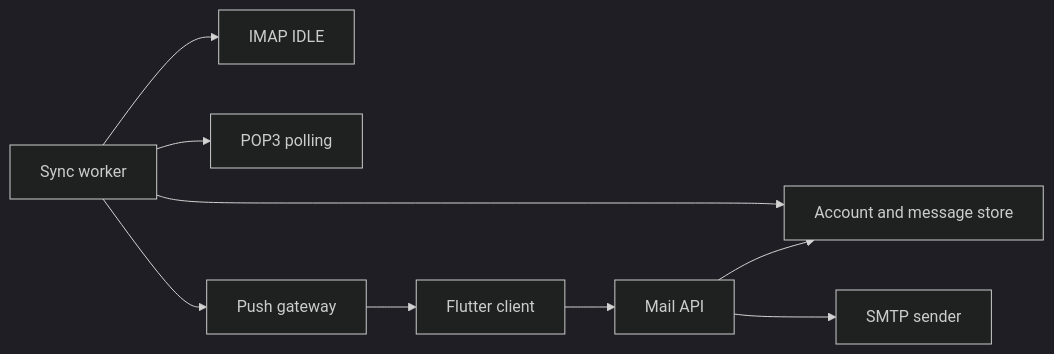
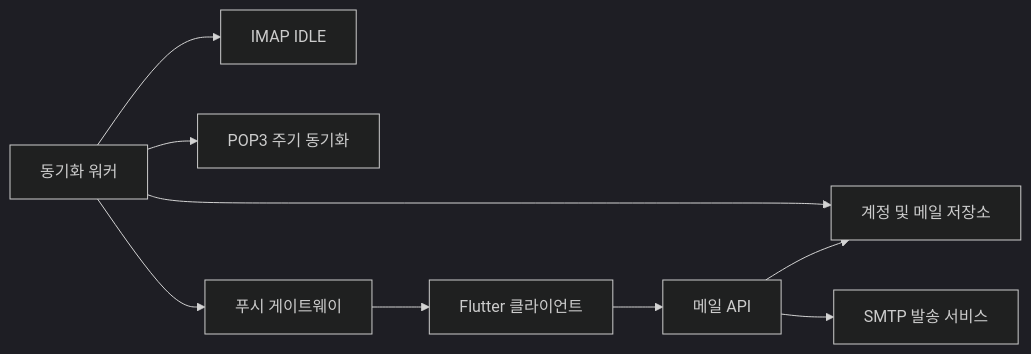
One commit to littlebit0/DailyPostBox changed the diagram in README.md. Above: the diagram before and after it, drawn with Mermaid (dark theme). The commit also changed other lines of this file, not shown here.

````diff
--- a/README.md
+++ b/README.md
@@ -23,11 +23,11 @@
 ```mermaid
 flowchart LR
-  Client["Flutter client"] --> API["Mail API"]
-  API --> Store["Account and message store"]
-  API --> SMTP["SMTP sender"]
-  Worker["Sync worker"] --> IMAP["IMAP IDLE"]
-  Worker --> POP3["POP3 polling"]
+  Client["Flutter 클라이언트"] --> API["메일 API"]
+  API --> Store["계정 및 메일 저장소"]
+  API --> SMTP["SMTP 발송 서비스"]
+  Worker["동기화 워커"] --> IMAP["IMAP IDLE"]
+  Worker --> POP3["POP3 주기 동기화"]
   Worker --> Store
-  Worker --> Push["Push gateway"]
+  Worker --> Push["푸시 게이트웨이"]
   Push --> Client
 ```
````
